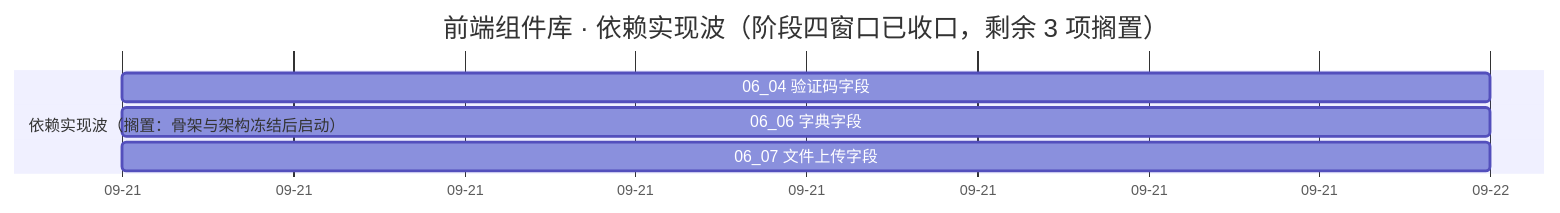
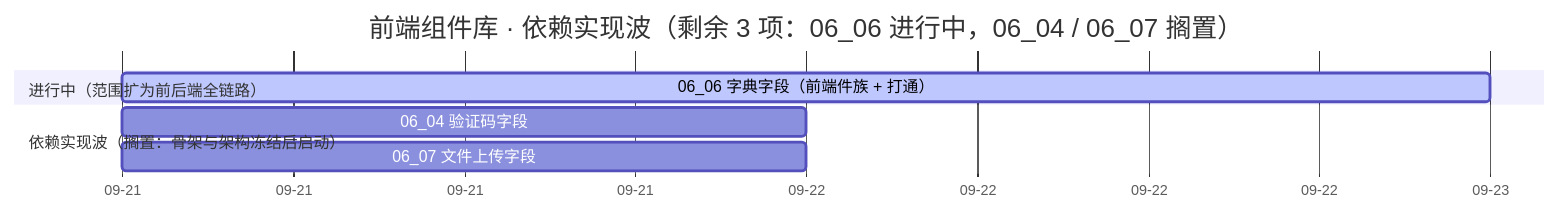
The diagram in bms文档/项目/04_前端组件库/计划/01_计划_前端组件库.md (minjian123/basic-management-system), drawn with Mermaid before and after one commit. The commit also changed other lines of this file and 3 other files, not shown here.

````diff
--- a/bms文档/项目/04_前端组件库/计划/01_计划_前端组件库.md
+++ b/bms文档/项目/04_前端组件库/计划/01_计划_前端组件库.md
@@ -77,11 +79,12 @@
 ```mermaid
 gantt
-    title 前端组件库 · 依赖实现波（阶段四窗口已收口，剩余 3 项搁置）
+    title 前端组件库 · 依赖实现波（剩余 3 项：06_06 进行中，06_04 / 06_07 搁置）
     dateFormat  YYYY-MM-DD
     axisFormat %m-%d
     %% 已完成任务不入甘特：域 02 / 03 / 04 / 05 / 10 与域 06（06_01 ~ 06_03 / 06_05）、域 07（全部）、域 08（08_01 ~ 08_10）均已完成
+    section 进行中（范围扩为前后端全链路）
+    06_06 字典字段（前端件族 + 打通） :active, c0606, 2026-09-21, 2d
     section 依赖实现波（搁置：骨架与架构冻结后启动）
     06_04 验证码字段 :c0604, 2026-09-21, 1d
-    06_06 字典字段 :c0606, 2026-09-21, 1d
     06_07 文件上传字段 :c0607, 2026-09-21, 1d
 ```
````
